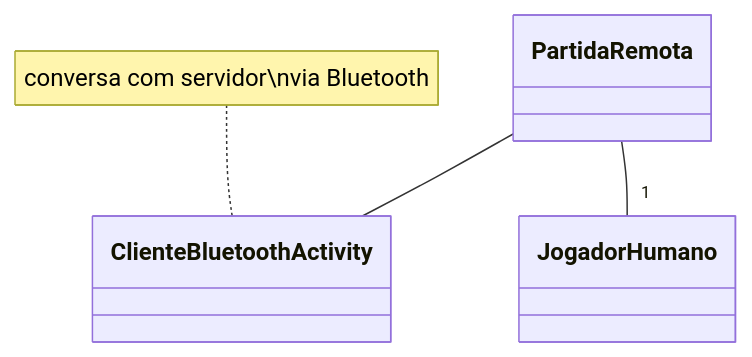
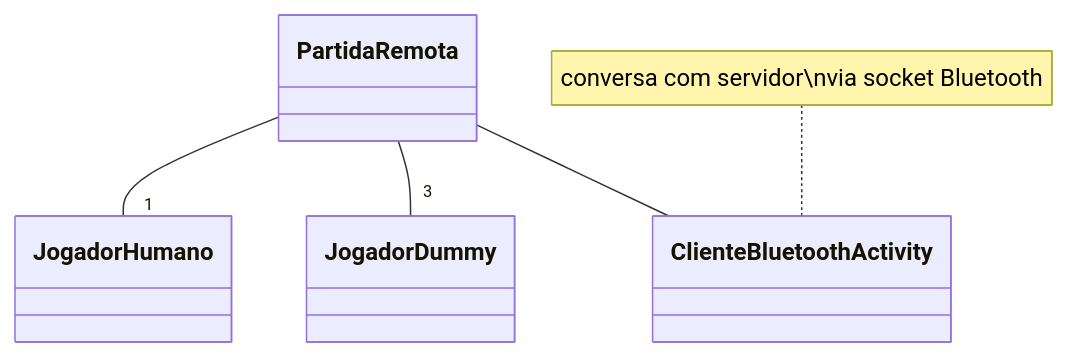
Before and after one commit to chesterbr/minitruco-android: the fifth of 6 diagrams in docs/desenvolvimento.md, drawn with Mermaid. The commit also changed other lines of this file, not shown here.

Commit message:
Atualiza documentação com hierarquias de salas, cliente internet e outros lances

````diff
--- a/docs/desenvolvimento.md
+++ b/docs/desenvolvimento.md
@@ -178,6 +240,7 @@
 ```mermaid
 classDiagram
+    PartidaRemota -- "1" JogadorHumano
+    PartidaRemota -- "3" JogadorDummy
     PartidaRemota -- ClienteBluetoothActivity
-    PartidaRemota -- "1" JogadorHumano
-    note for ClienteBluetoothActivity "conversa com servidor\nvia Bluetooth"
+    note for ClienteBluetoothActivity "conversa com servidor\nvia socket Bluetooth"
 ```
````
